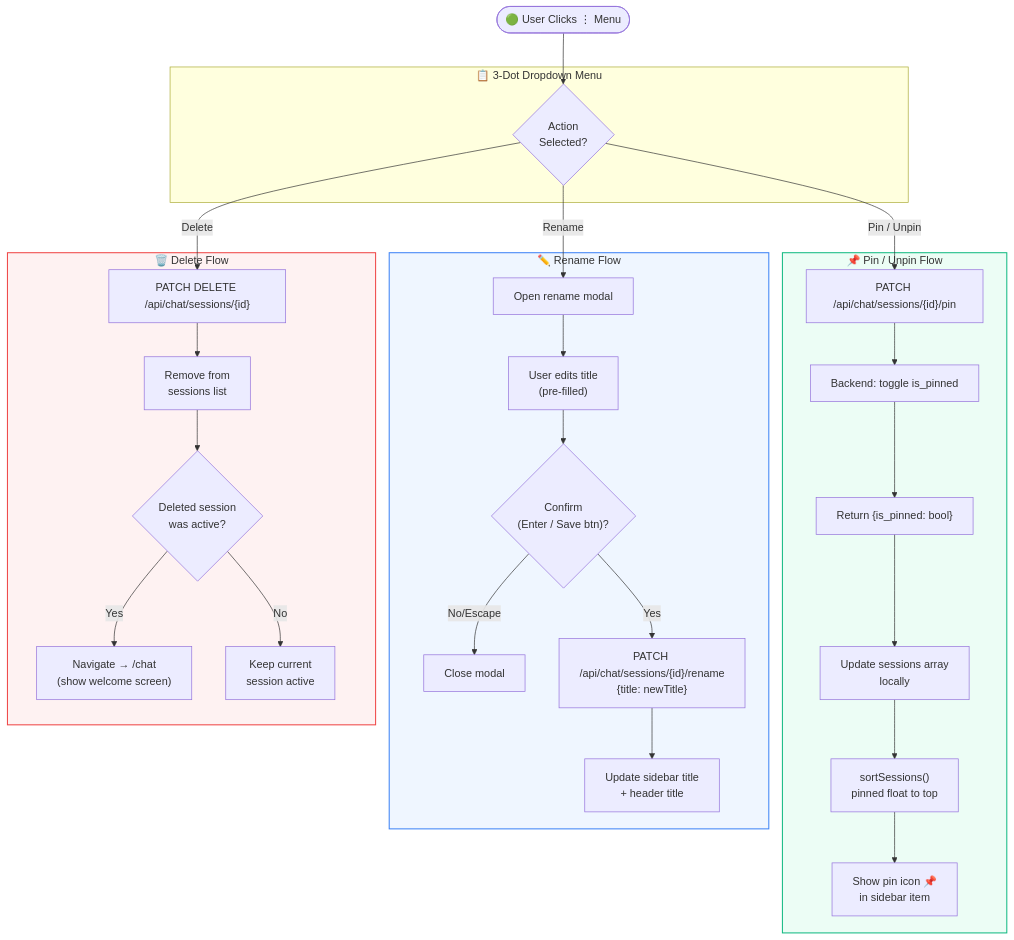
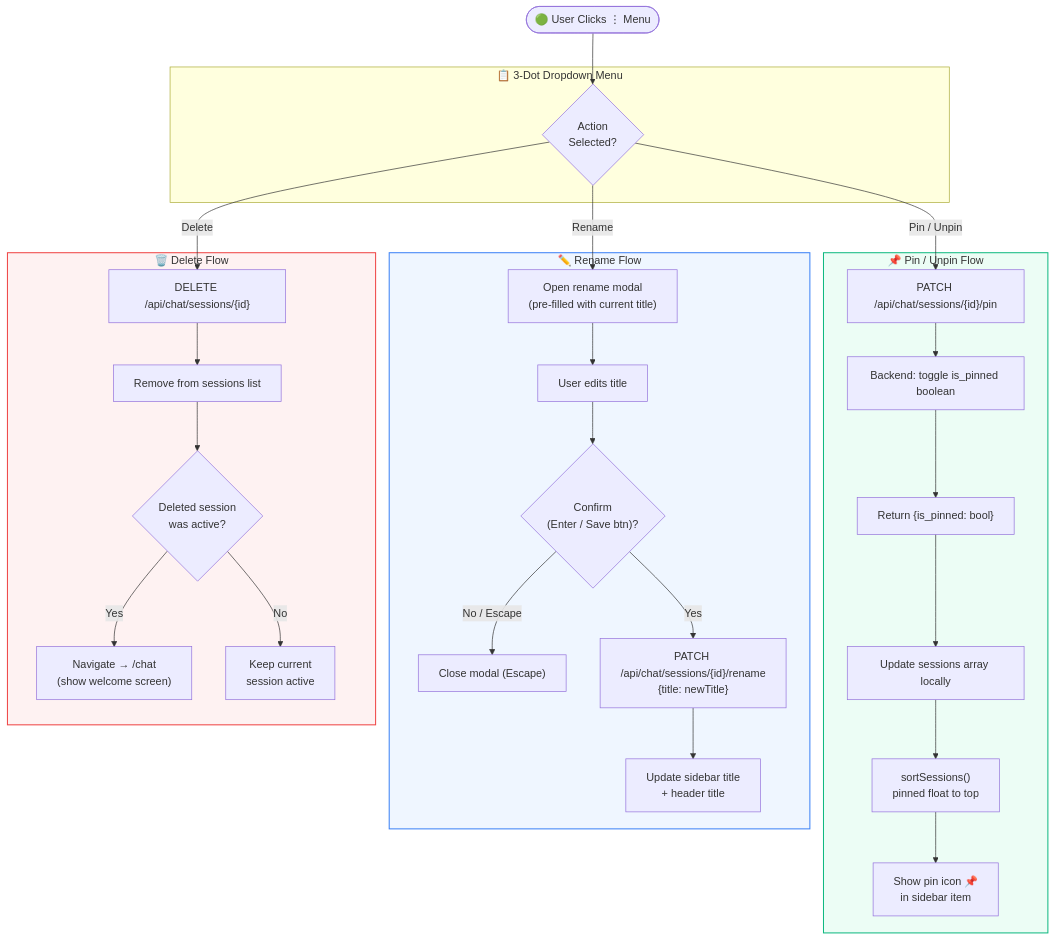
The eighth of 11 diagrams in ARCHITECTURE.md (medofbm/ai-medical-assistant), drawn with Mermaid before and after one commit. The commit also changed other lines of this file and 1 other file, not shown here.

First line of the commit message:
docs: merge SYSTEM_DIAGRAM + ARCHITECTURE into single ARCHITECTURE.md v2.0

````diff
--- a/ARCHITECTURE.md
+++ b/ARCHITECTURE.md
@@ -486,47 +648,47 @@
 ```mermaid
 flowchart TD
     START(["🟢 User Clicks ⋮ Menu"])
 
     subgraph MENU["📋 3-Dot Dropdown Menu"]
         M1{"Action\nSelected?"}
     end
 
     subgraph PIN["📌 Pin / Unpin Flow"]
         P1["PATCH /api/chat/sessions/{id}/pin"]
-        P2["Backend: toggle is_pinned"]
+        P2["Backend: toggle is_pinned boolean"]
         P3["Return {is_pinned: bool}"]
-        P4["Update sessions array\nlocally"]
+        P4["Update sessions array locally"]
         P5["sortSessions()\npinned float to top"]
         P6["Show pin icon 📌\nin sidebar item"]
     end
 
     subgraph RENAME["✏️ Rename Flow"]
-        R1["Open rename modal"]
-        R2["User edits title\n(pre-filled)"]
+        R1["Open rename modal\n(pre-filled with current title)"]
+        R2["User edits title"]
         R3{"Confirm\n(Enter / Save btn)?"}
-        R4["Close modal"]
+        R4["Close modal (Escape)"]
         R5["PATCH /api/chat/sessions/{id}/rename\n{title: newTitle}"]
         R6["Update sidebar title\n+ header title"]
     end
 
     subgraph DELETE["🗑️ Delete Flow"]
-        D1["PATCH DELETE /api/chat/sessions/{id}"]
-        D2["Remove from\nsessions list"]
+        D1["DELETE /api/chat/sessions/{id}"]
+        D2["Remove from sessions list"]
         D3{"Deleted session\nwas active?"}
         D4["Navigate → /chat\n(show welcome screen)"]
         D5["Keep current\nsession active"]
     end
 
     START --> M1
     M1 -->|"Pin / Unpin"| P1 --> P2 --> P3 --> P4 --> P5 --> P6
     M1 -->|"Rename"| R1 --> R2 --> R3
     R3 -->|Yes| R5 --> R6
-    R3 -->|No/Escape| R4
+    R3 -->|No / Escape| R4
     M1 -->|"Delete"| D1 --> D2 --> D3
     D3 -->|Yes| D4
     D3 -->|No| D5
 
     style PIN fill:#ecfdf5,stroke:#10b981,stroke-width:1.5px
     style RENAME fill:#eff6ff,stroke:#3b82f6,stroke-width:1.5px
     style DELETE fill:#fef2f2,stroke:#ef4444,stroke-width:1.5px
 ```
````
